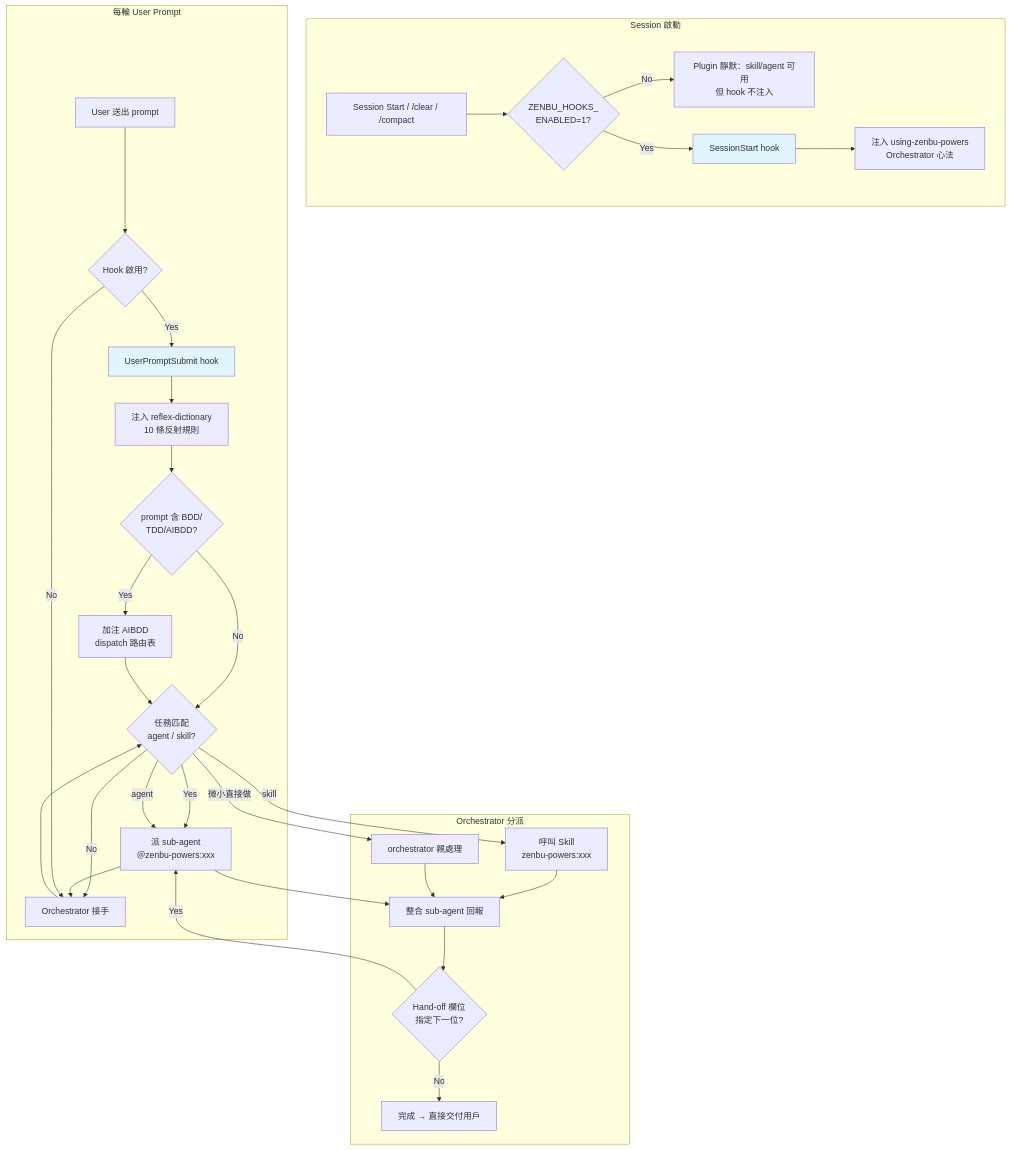
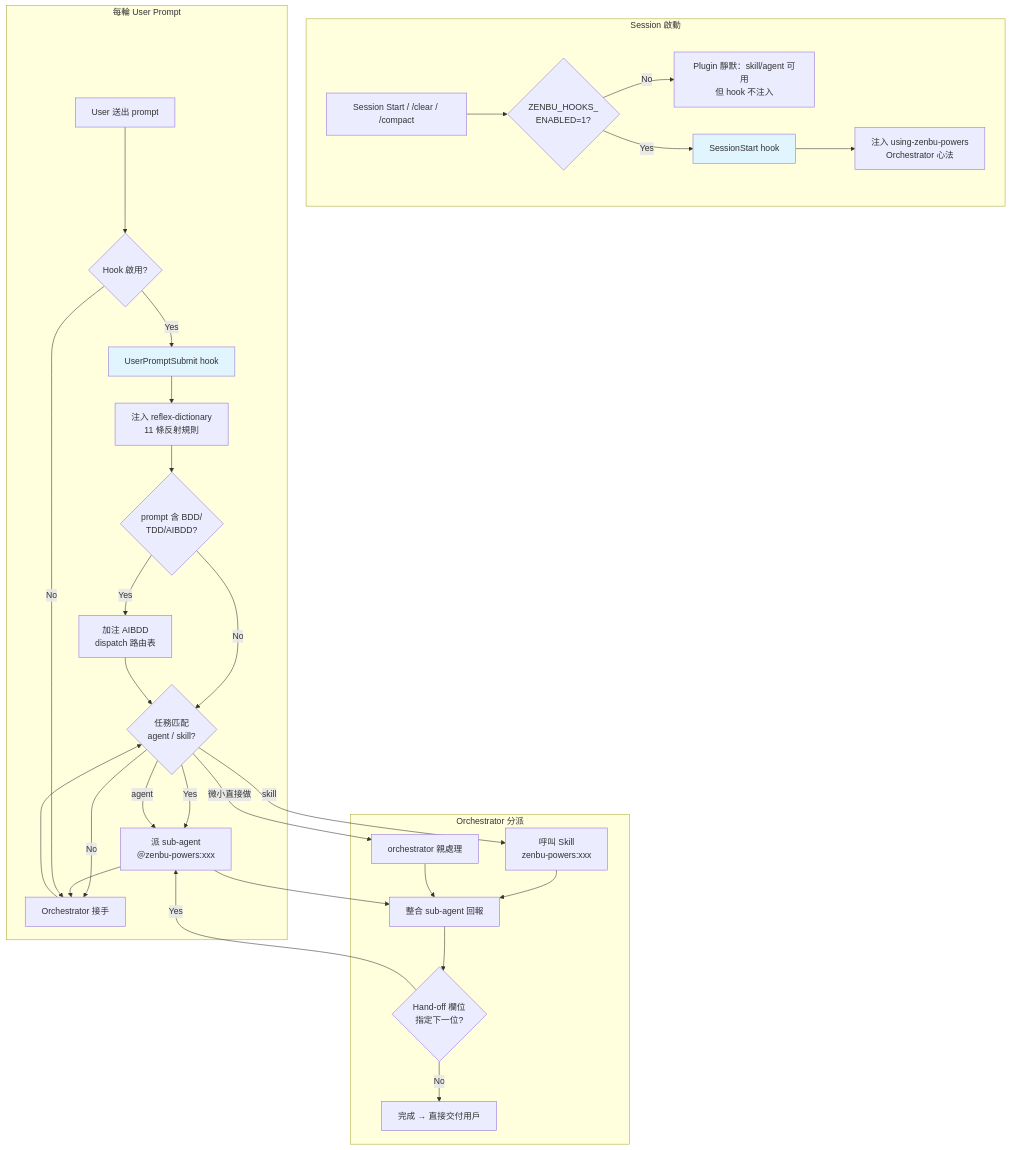
One commit to zenbuapps/zenbu-powers changed the first of 2 diagrams in README.md. Above: the diagram before and after it, drawn with Mermaid. The commit also changed other lines of this file, not shown here.

First line of the commit message:
docs(readme): 同步 reflex 規則數 10 → 11

````diff
--- a/README.md
+++ b/README.md
@@ -42,39 +42,39 @@
 ```mermaid
 flowchart TD
     subgraph 啟動階段[Session 啟動]
         A[Session Start / /clear / /compact] --> B{ZENBU_HOOKS_<br>ENABLED=1?}
         B -- No --> C[Plugin 靜默：skill/agent 可用<br>但 hook 不注入]
         B -- Yes --> D[SessionStart hook]
         D --> E[注入 using-zenbu-powers<br>Orchestrator 心法]
     end
 
     subgraph 每輪Prompt[每輪 User Prompt]
         F[User 送出 prompt] --> G{Hook 啟用?}
         G -- Yes --> H[UserPromptSubmit hook]
-        H --> I[注入 reflex-dictionary<br>10 條反射規則]
+        H --> I[注入 reflex-dictionary<br>11 條反射規則]
         I --> J{prompt 含 BDD/<br>TDD/AIBDD?}
         J -- Yes --> K[加注 AIBDD<br>dispatch 路由表]
         J -- No --> M{cwd 有 specs/<br>milestones/STATUS.md?}
         K --> M
         M -- Yes --> N[加注 MILESTONE_STATUS<br>head -40 + active doing/]
         M -- No --> L[Orchestrator 接手]
         N --> L
         G -- No --> L
     end
 
     subgraph 協調分派[Orchestrator 分派]
         L --> M{任務匹配<br>agent / skill?}
         M -- agent --> N[派 sub-agent<br>＠zenbu-powers:xxx]
         M -- skill --> O[呼叫 Skill<br>zenbu-powers:xxx]
         M -- 微小直接做 --> P[orchestrator 親處理]
         N --> Q[整合 sub-agent 回報]
         O --> Q
         P --> Q
         Q --> R{Hand-off 欄位<br>指定下一位?}
         R -- Yes --> N
         R -- No --> Z[完成 → 直接交付用戶]
     end
 
     style D fill:#e1f5ff
     style H fill:#e1f5ff
 ```
````
